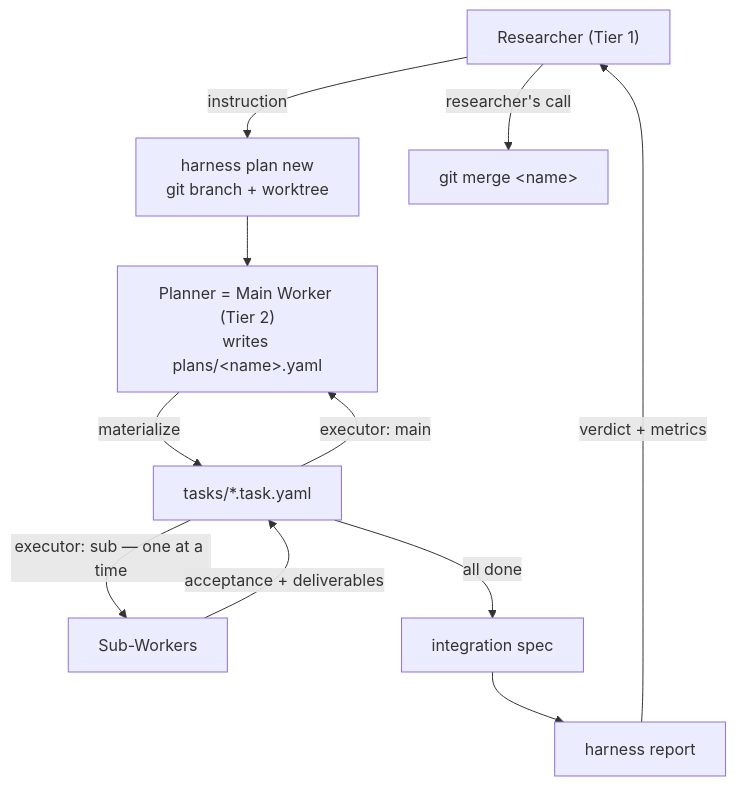
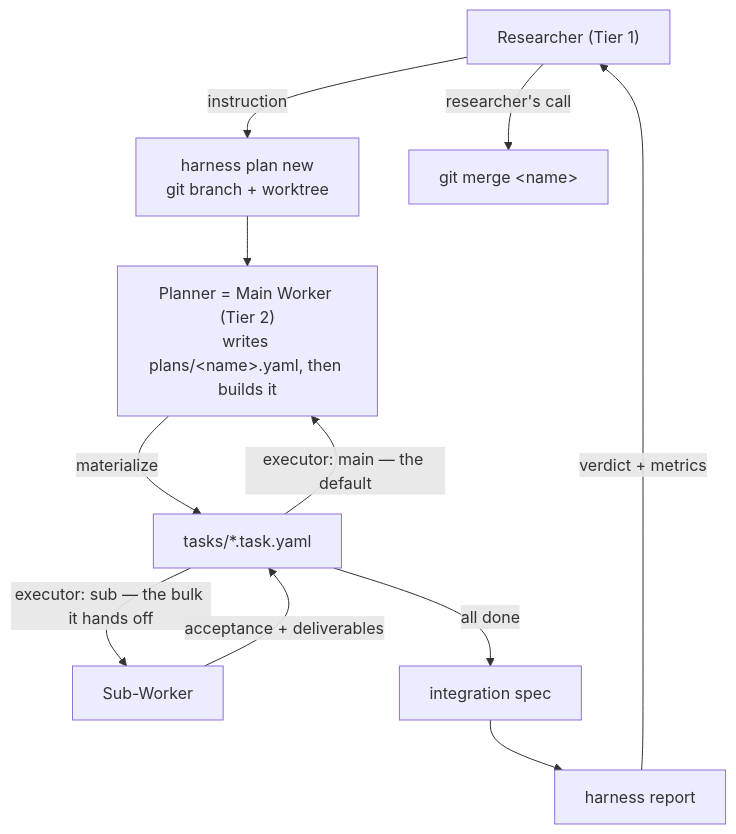
Before and after one commit to teasol/harness-template: the diagram in docs/plans.md, drawn with Mermaid. The commit also changed other lines of this file and 19 other files, not shown here.

````diff
--- a/docs/plans.md
+++ b/docs/plans.md
@@ -17,13 +17,13 @@
 ```mermaid
 flowchart TD
     R["Researcher (Tier 1)"] -->|"instruction"| E["harness plan new<br/>git branch + worktree"]
-    E --> P["Planner = Main Worker (Tier 2)<br/>writes plans/&lt;name&gt;.yaml"]
+    E --> P["Planner = Main Worker (Tier 2)<br/>writes plans/&lt;name&gt;.yaml, then builds it"]
     P -->|"materialize"| T["tasks/*.task.yaml"]
-    T -->|"executor: main"| P
-    T -->|"executor: sub — one at a time"| W["Sub-Workers"]
+    T -->|"executor: main — the default"| P
+    T -->|"executor: sub — the bulk it hands off"| W["Sub-Worker"]
     W -->|"acceptance + deliverables"| T
     T -->|"all done"| I["integration spec"]
     I --> RPT["harness report"]
     RPT -->|"verdict + metrics"| R
     R -->|"researcher's call"| M["git merge &lt;name&gt;"]
 ```
````
